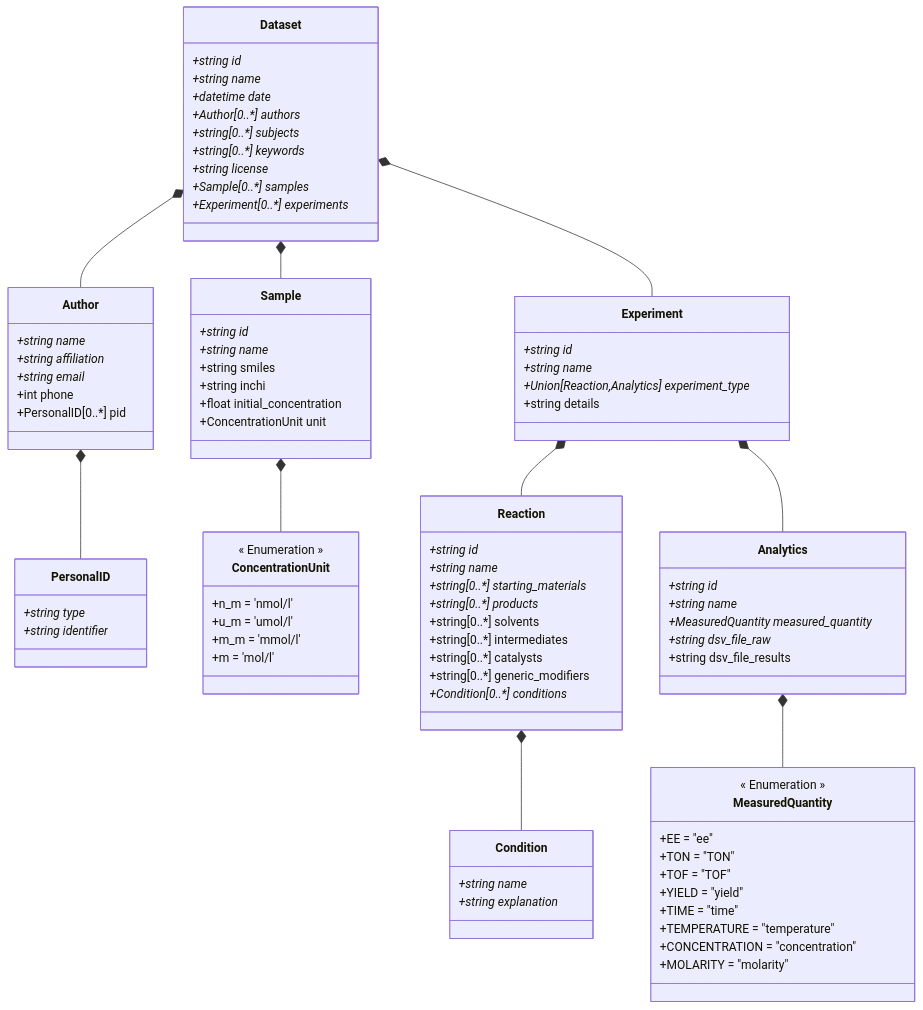
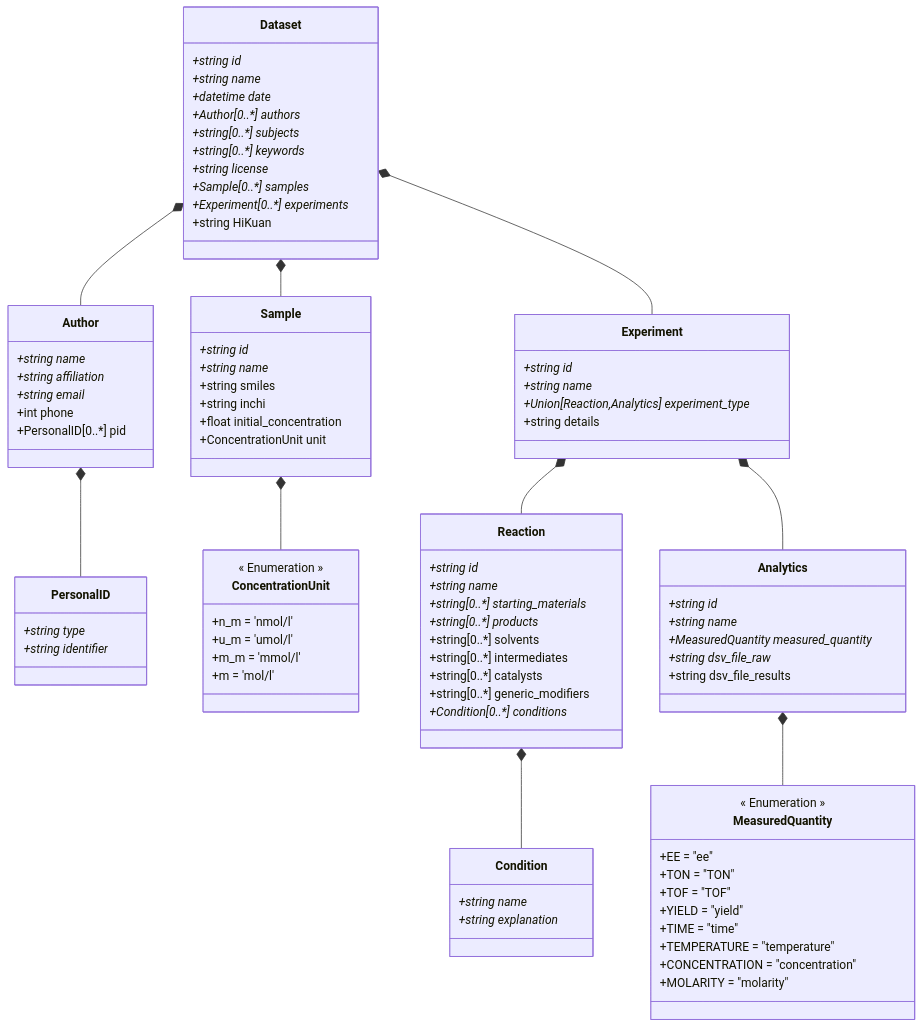
One commit to FAIRChemistry/datamodel_b06 changed the diagram in DatamodelB06/schemes/Data model for CRC 1333 project B06.md. Above: the diagram before and after it, drawn with Mermaid. The commit also changed 4 other files, not shown here.

```diff
--- a/DatamodelB06/schemes/Data model for CRC 1333 project B06.md
+++ b/DatamodelB06/schemes/Data model for CRC 1333 project B06.md
@@ -20,6 +20,7 @@
         +string license*
         +Sample[0..*] samples*
         +Experiment[0..*] experiments*
+        +string HiKuan
     }
     
     class Author {
```
